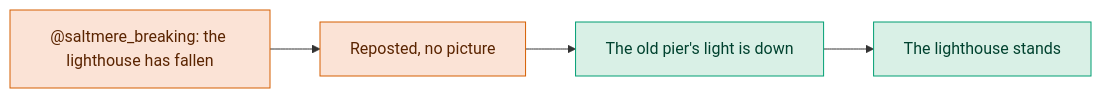
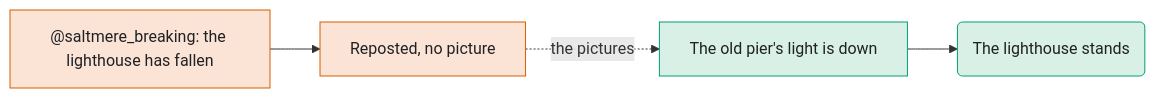
The diagram in scripts/example_notes/3-claims.md (OsintMeThat/azimut), drawn with Mermaid before and after one commit. The commit also changed 6 other files, not shown here.

Commit message:
Say where the showcase templates and the example case stand, draw the claim's spread in a diagram its form reads, and fail a build that ships notes other than the ones written

````diff
--- a/scripts/example_notes/3-claims.md
+++ b/scripts/example_notes/3-claims.md
@@ -38,10 +38,16 @@
 ```mermaid
-%% legend c1: Claim
-%% legend c2: What the pictures show
 flowchart LR
-  A["@saltmere_breaking: the lighthouse has fallen"]:::c1 --> B["Reposted, no picture"]:::c1
-  B --> C["The old pier's light is down"]:::c2
-  C --> D["The lighthouse stands"]:::c2
-  classDef c1 fill:#fbe3d6,stroke:#d55e00,color:#5a2400
-  classDef c2 fill:#d9f0e6,stroke:#009e73,color:#00422f
+  n1["@saltmere_breaking: the lighthouse has fallen"]
+  n2["Reposted, no picture"]
+  n3["The old pier's light is down"]
+  n4("The lighthouse stands")
+  n1 --> n2
+  n2 -.->|"the pictures"| n3
+  n3 --> n4
+  classDef c1 fill:#fbe3d6,stroke:#d55e00,color:#202124
+  classDef c2 fill:#d9f0e6,stroke:#009e73,color:#202124
+  class n1,n2 c1
+  class n3,n4 c2
+  %% legend c1: Claim
+  %% legend c2: What the pictures show
 ```
````
